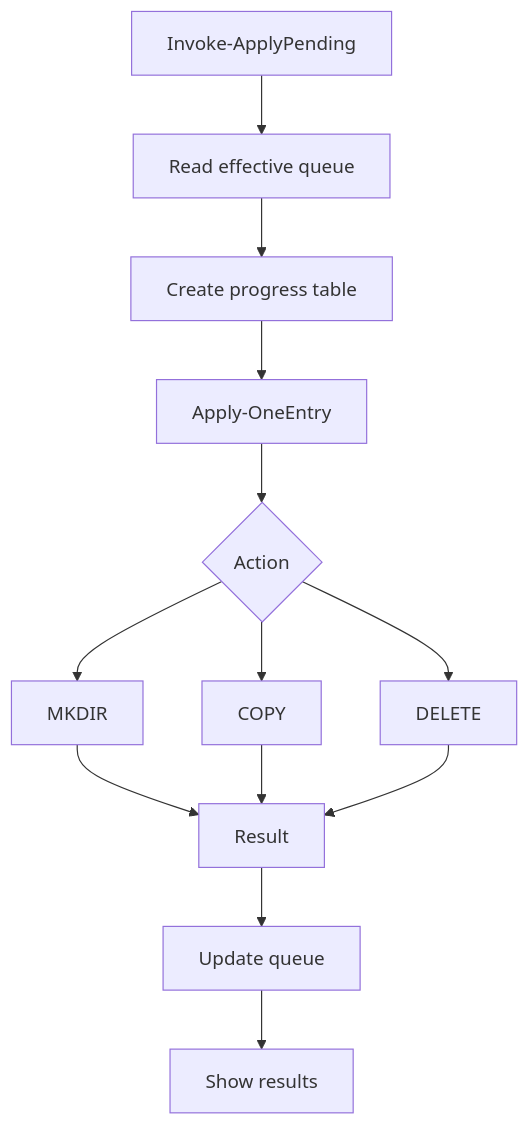
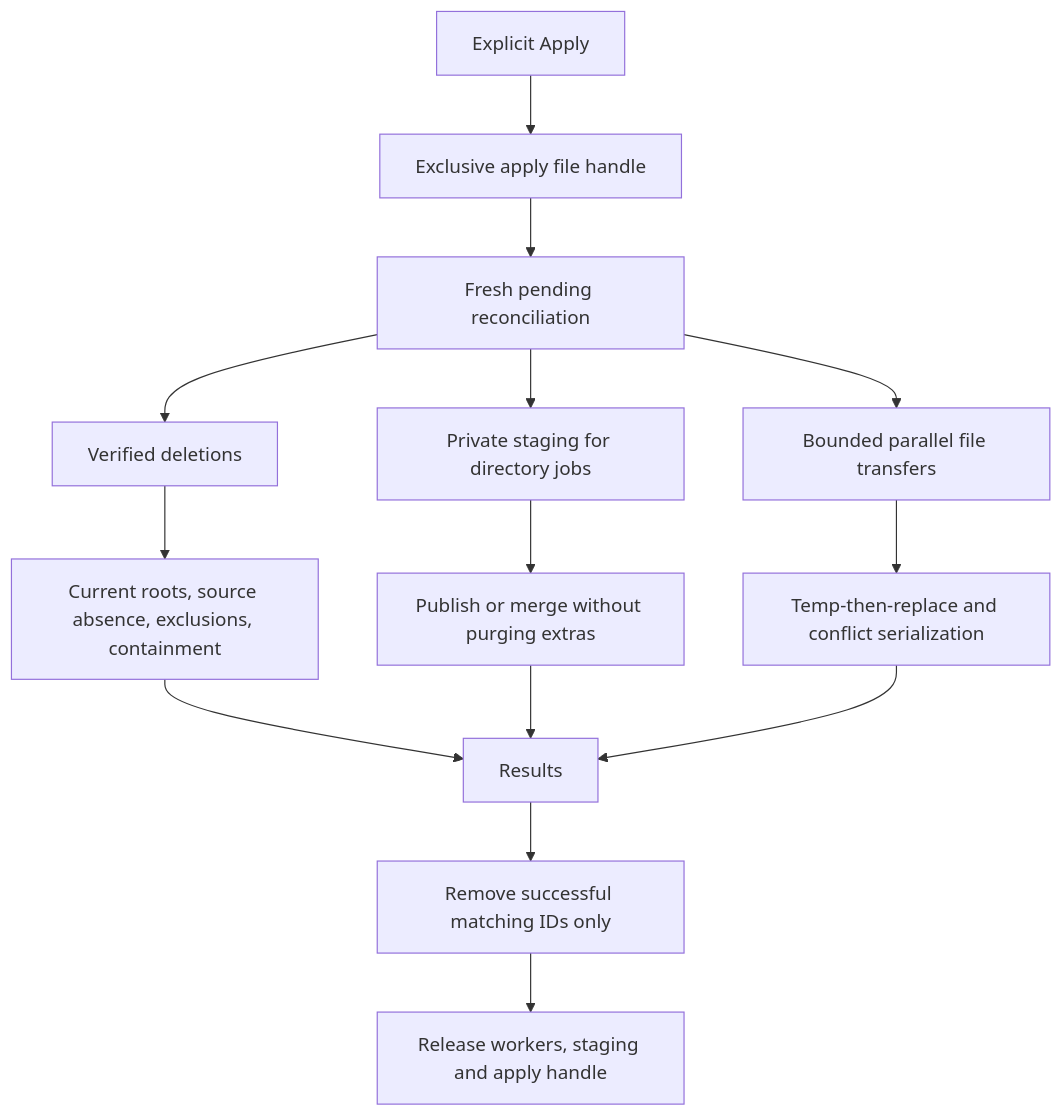
One commit to AMD4x/miraqueue changed the diagram in docs/maps/apply-pending-map.md. Above: the diagram before and after it, drawn with Mermaid. The commit also changed other lines of this file and 41 other files, not shown here.

First line of the commit message:
Release MiraQueue V2.0.0

````diff
--- a/docs/maps/apply-pending-map.md
+++ b/docs/maps/apply-pending-map.md
@@ -3,15 +3,16 @@
 ```mermaid
-graph TD
-  A[Invoke-ApplyPending] --> B[Read effective queue]
-  B --> C[Create progress table]
-  C --> D[Apply-OneEntry]
-  D --> E{Action}
-  E --> F[MKDIR]
-  E --> G[COPY]
-  E --> H[DELETE]
-  F --> I[Result]
-  G --> I
-  H --> I
-  I --> J[Update queue]
-  J --> K[Show results]
+flowchart TD
+  A[Explicit Apply] --> B[Exclusive apply file handle]
+  B --> C[Fresh pending reconciliation]
+  C --> D[Verified deletions]
+  C --> E[Private staging for directory jobs]
+  C --> F[Bounded parallel file transfers]
+  D --> G[Current roots, source absence, exclusions, containment]
+  E --> H[Publish or merge without purging extras]
+  F --> I[Temp-then-replace and conflict serialization]
+  G --> J[Results]
+  H --> J
+  I --> J
+  J --> K[Remove successful matching IDs only]
+  K --> L[Release workers, staging and apply handle]
 ```
````
